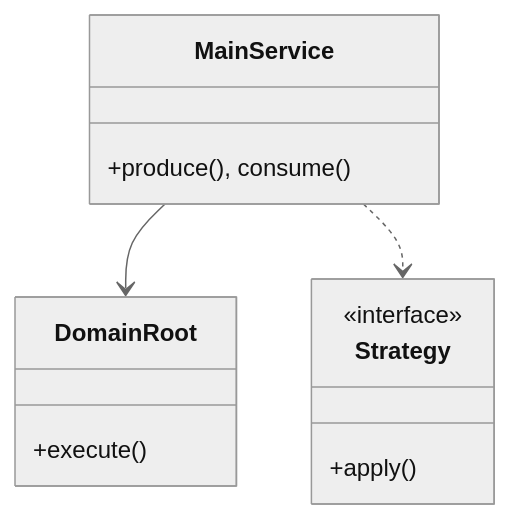
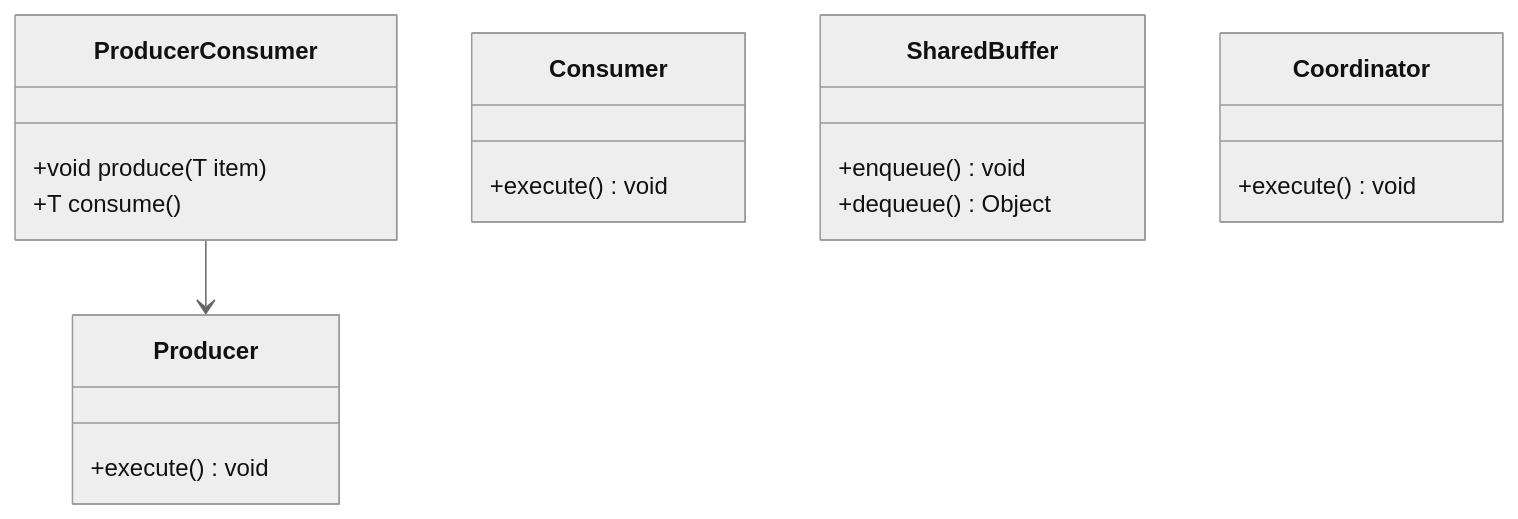
The first of 3 diagrams in Learn/System Design - Low Level Design/04-concurrency-lld/questions/Q03-producer-consumer.md (madhupaila/Interview-Prep-SSE), drawn with Mermaid (neutral theme) before and after one commit. The commit also changed other lines of this file and 491 other files, not shown here.

````diff
--- a/Learn/System Design - Low Level Design/04-concurrency-lld/questions/Q03-producer-consumer.md
+++ b/Learn/System Design - Low Level Design/04-concurrency-lld/questions/Q03-producer-consumer.md
@@ -73,15 +89,21 @@
 ```mermaid
 classDiagram
-    class MainService {
-        +produce(), consume()
+    class ProducerConsumer {
+        +void produce(T item)
+        +T consume()
     }
-    class DomainRoot {
-        +execute()
+    class Producer {
+        +execute() void
     }
-    class Strategy {
-        <<interface>>
-        +apply()
+    class Consumer {
+        +execute() void
     }
-    MainService --> DomainRoot
-    MainService ..> Strategy
+    class SharedBuffer {
+        +enqueue() void
+        +dequeue() Object
+    }
+    class Coordinator {
+        +execute() void
+    }
+    ProducerConsumer --> Producer
 ```
````
